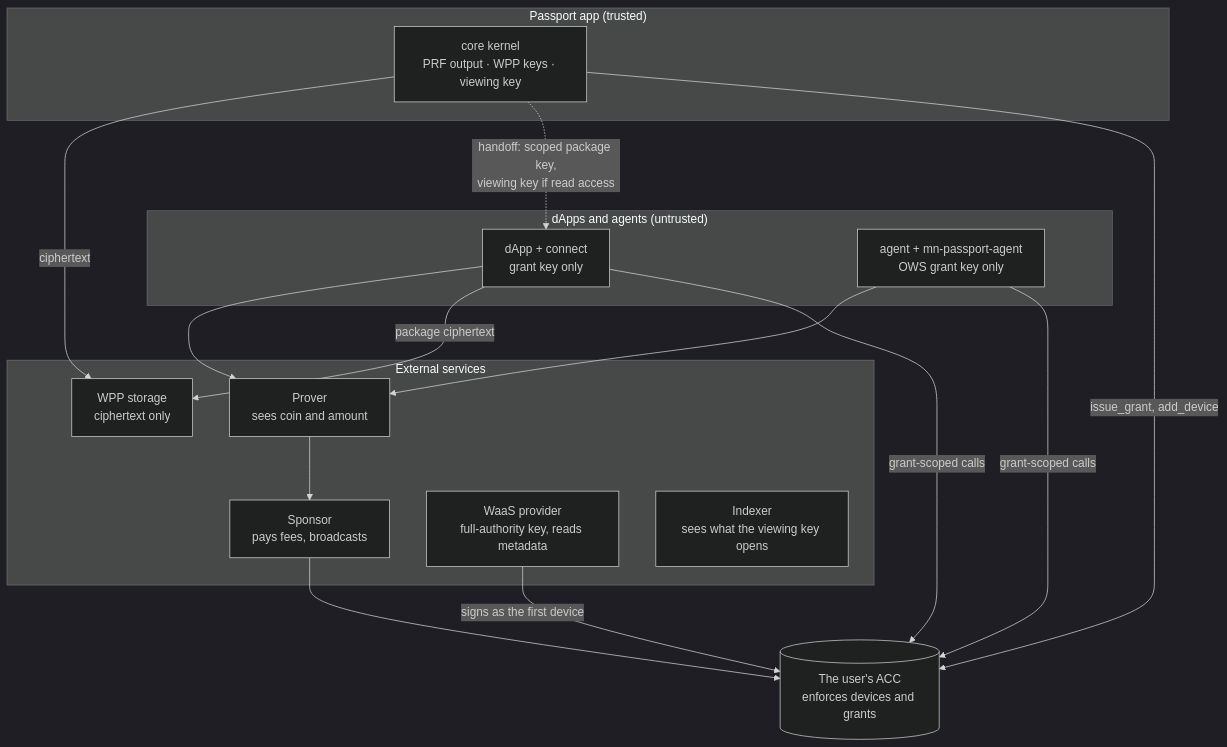
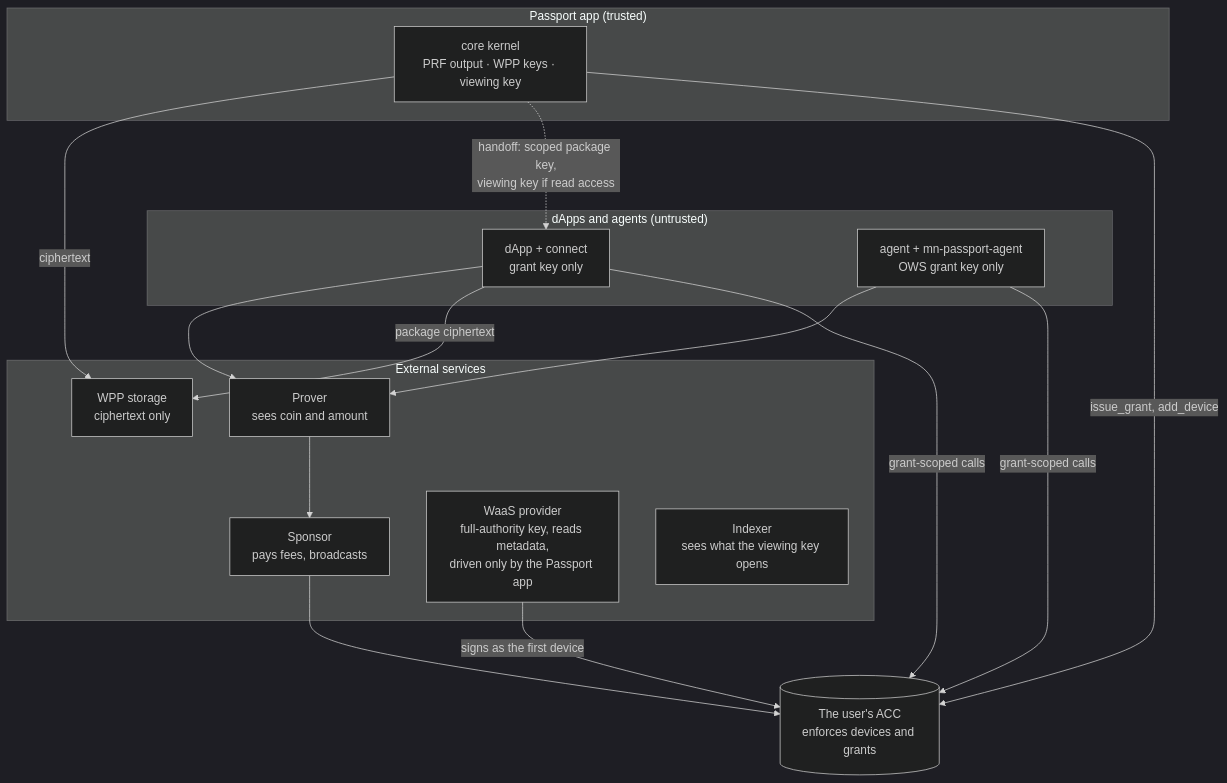
Before and after one commit to midnightntwrk/midnight-passport-sdk: the diagram in docs/architecture.md, drawn with Mermaid (dark theme). The commit also changed other lines of this file and 3 other files, not shown here.

First line of the commit message:
docs: onboard a new user only in the Passport app, never in a dApp

````diff
--- a/docs/architecture.md
+++ b/docs/architecture.md
@@ -247,30 +247,30 @@
 ```mermaid
 flowchart TB
   subgraph APP["Passport app (trusted)"]
     KERNEL["core kernel<br/>PRF output · WPP keys · viewing key"]
   end
   subgraph CLIENTS["dApps and agents (untrusted)"]
     DAPP["dApp + connect<br/>grant key only"]
     AGENT["agent + mn-passport-agent<br/>OWS grant key only"]
   end
   subgraph EXT["External services"]
     PROVER["Prover<br/>sees coin and amount"]
     SPONSOR["Sponsor<br/>pays fees, broadcasts"]
-    WAAS["WaaS provider<br/>full-authority key, reads metadata"]
+    WAAS["WaaS provider<br/>full-authority key, reads metadata,<br/>driven only by the Passport app"]
     WPP["WPP storage<br/>ciphertext only"]
     IDX["Indexer<br/>sees what the viewing key opens"]
   end
   ACC[("The user's ACC<br/>enforces devices and grants")]
 
   KERNEL -->|"issue_grant, add_device"| ACC
   KERNEL -.->|"handoff: scoped package key,<br/>viewing key if read access"| DAPP
   KERNEL -->|"ciphertext"| WPP
   DAPP -->|"grant-scoped calls"| ACC
   AGENT -->|"grant-scoped calls"| ACC
   DAPP -->|"package ciphertext"| WPP
   DAPP --> PROVER
   AGENT --> PROVER
   PROVER --> SPONSOR
   SPONSOR --> ACC
   WAAS -->|"signs as the first device"| ACC
 ```
````
